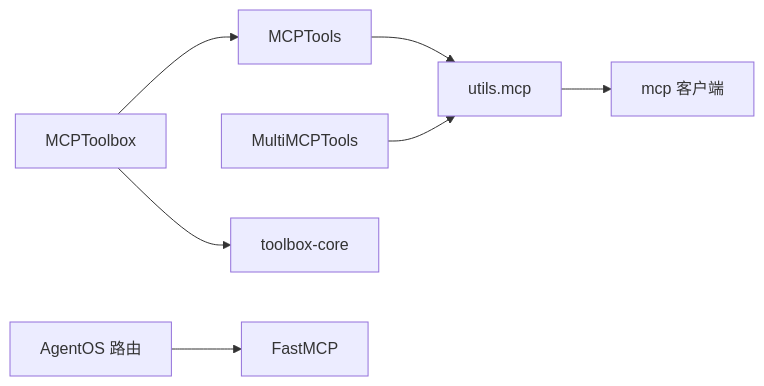
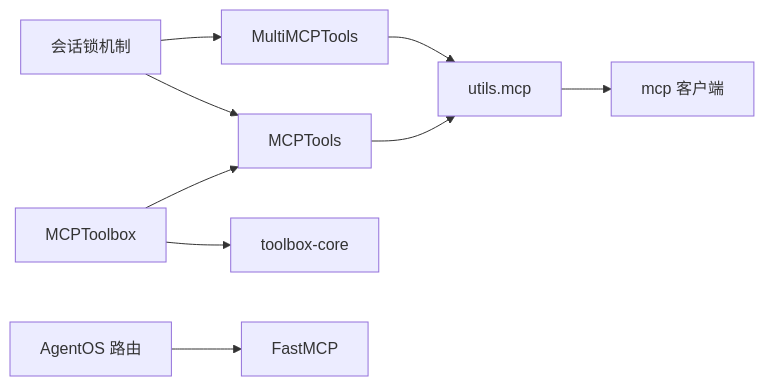
Before and after one commit to defulat-coder/agno-learn: the seventh of 7 diagrams in .qoder/repowiki/zh/content/工具系统/MCP 工具.md, drawn with Mermaid. The commit also changed other lines of this file and 1683 other files, not shown here.

````diff
--- a/.qoder/repowiki/zh/content/工具系统/MCP 工具.md
+++ b/.qoder/repowiki/zh/content/工具系统/MCP 工具.md
@@ -287,9 +302,11 @@
 ```mermaid
 graph LR
 M["MCPTools"] --> U["utils.mcp"]
 MM["MultiMCPTools"] --> U
 MB["MCPToolbox"] --> M
 MB --> TCCore["toolbox-core"]
 OS["AgentOS 路由"] --> FM["FastMCP"]
 U --> MCP["mcp 客户端"]
+SL["会话锁机制"] --> M
+SL --> MM
 ```
````
